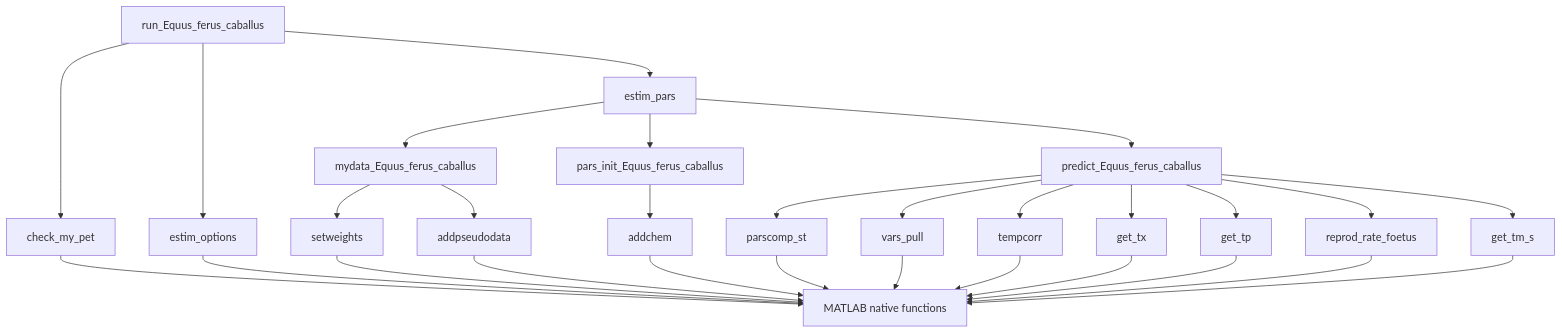
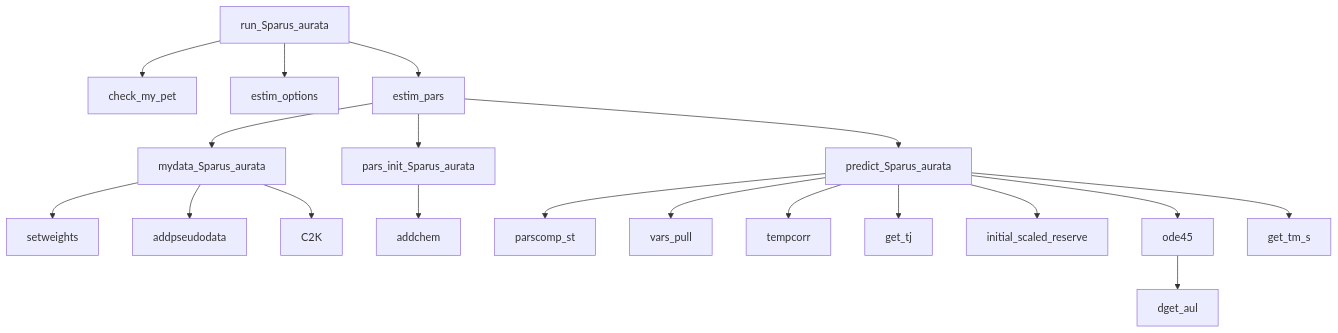
Before and after one commit to hansschepers/DEB_prompts: the diagram in mmd/lastMermaid_graph.mmd, drawn with Mermaid. The commit also changed 4 other files, not shown here.

```diff
--- a/mmd/lastMermaid_graph.mmd
+++ b/mmd/lastMermaid_graph.mmd
@@ -1,34 +1,24 @@
 graph TD
-A[run_Equus_ferus_caballus] --> B[check_my_pet]
-A --> C[estim_options]
-A --> D[estim_pars]
-
-D --> E[mydata_Equus_ferus_caballus]
-D --> F[pars_init_Equus_ferus_caballus]
-D --> G[predict_Equus_ferus_caballus]
-
-E --> H[setweights]
-E --> I[addpseudodata]
-
-F --> J[addchem]
-
-G --> K[parscomp_st]
-G --> L[vars_pull]
-G --> M[tempcorr]
-G --> N[get_tx]
-G --> O[get_tp]
-G --> P[reprod_rate_foetus]
-G --> Q[get_tm_s]
-
-B --> R[MATLAB native functions]
-C --> R
-H --> R
-I --> R
-J --> R
-K --> R
-L --> R
-M --> R
-N --> R
-O --> R
-P --> R
-Q --> R
+    A[run_Sparus_aurata] --> B[check_my_pet]
+    A --> C[estim_options]
+    A --> D[estim_pars]
+    
+    D --> E[mydata_Sparus_aurata]
+    D --> F[pars_init_Sparus_aurata]
+    D --> G[predict_Sparus_aurata]
+    
+    E --> H[setweights]
+    E --> I[addpseudodata]
+    E --> J[C2K]
+    
+    F --> K[addchem]
+    
+    G --> L[parscomp_st]
+    G --> M[vars_pull]
+    G --> N[tempcorr]
+    G --> O[get_tj]
+    G --> P[initial_scaled_reserve]
+    G --> Q[ode45]
+    G --> R[get_tm_s]
+    
+    Q --> S[dget_aul]
```
